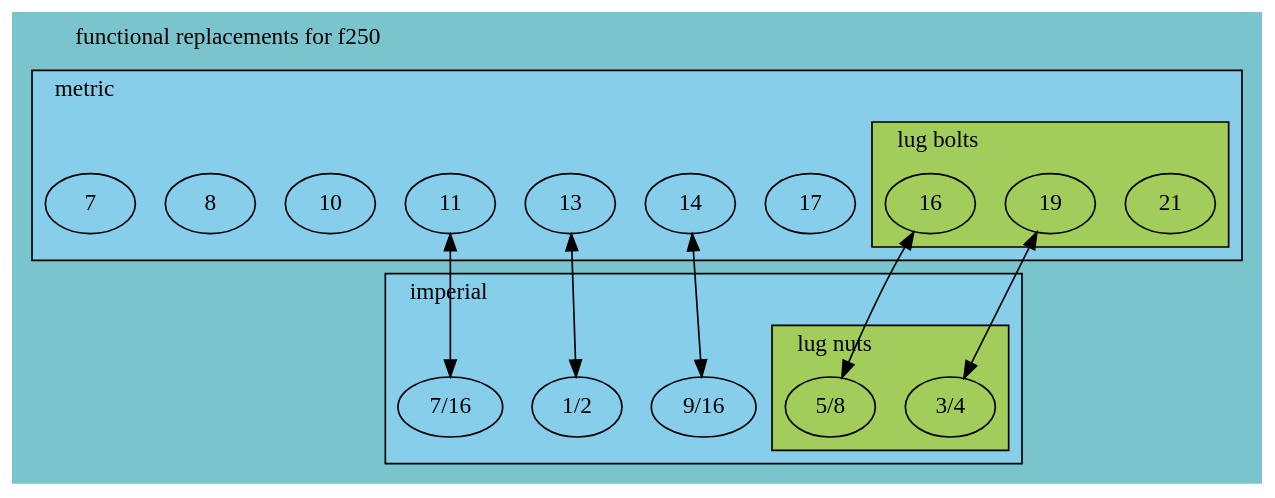
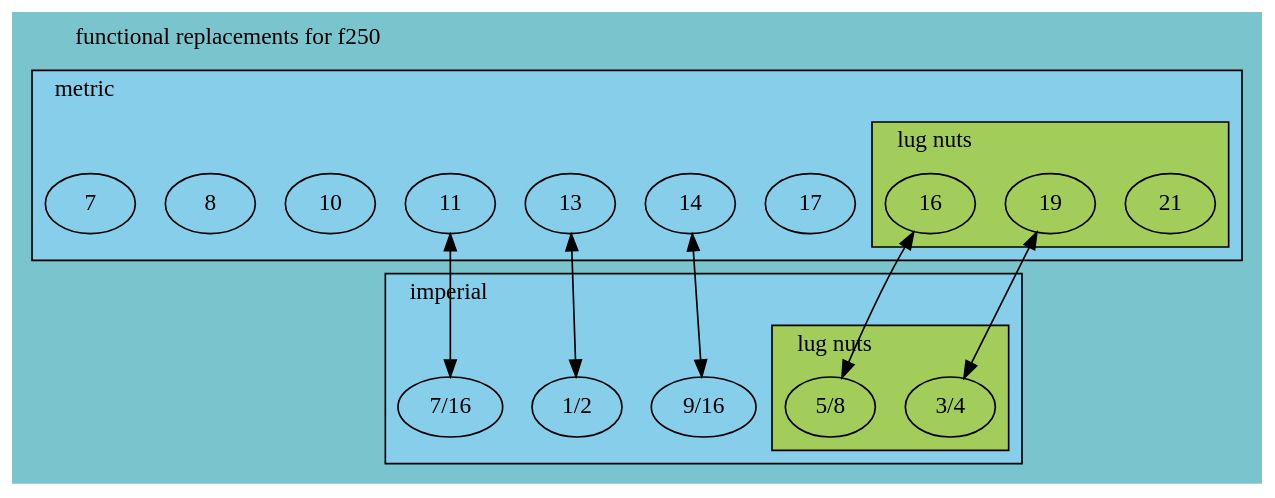
Before and after one commit to edf/graphviz-starter: the diagram in common-fastener-sizes.gv, drawn with Graphviz.

Commit message:
Change label from 'lug bolts' to 'lug nuts'

```diff
--- a/common-fastener-sizes.gv
+++ b/common-fastener-sizes.gv
@@ -1,56 +1,56 @@
 digraph D {
     label = "functional replacements for f250"
     labeljust = "l"
     labelloc = "t"
     rankdir=TB           # or TB or BT or RL
     bgcolor = cadetblue3
     spline=false
 
   subgraph cluster_parent {
     label = "imperial"
     #rank = same
     bgcolor = skyblue
     "9/16"
     "1/2"
     "7/16"
 
     subgraph cluster_child2 {
       label = "lug nuts";
       #node [color=red  fontcolor=darkolivegreen3]
       bgcolor="darkolivegreen3";
       "3/4"
       "5/8"
       }
     }
 
     subgraph cluster_parent1 {
         label = "metric"
         #rank = same
         bgcolor = skyblue
         17
         14
         13
         11
         10
         8
         7
 
         subgraph cluster_outside {
-            label = "lug bolts";
+            label = "lug nuts";
             bgcolor="darkolivegreen3"
             rank=same
             rankdir=RL
             21
             16
             19
             }
         }
 
 #a [style=filled;color=darkblue fillcolor=lightgray;]
 
 11 -> "7/16" [dir=both]
 13 -> "1/2"  [dir=both]
 14 -> "9/16" [dir=both]
 16 -> "5/8"  [dir=both]
 19 -> "3/4"  [dir=both]
 } 
```
